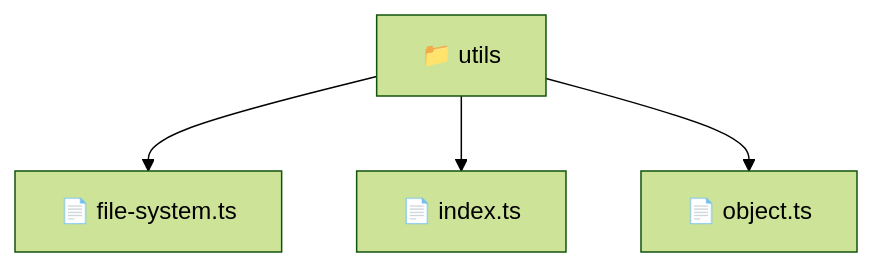
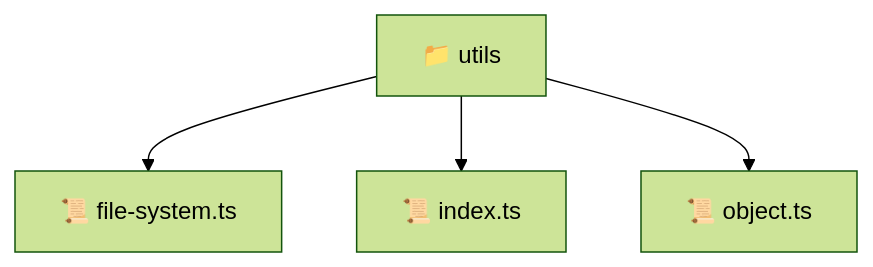
One commit to beginwebdev2002/fullstack-mavluda changed the diagram in backend/src/common/utils/README.md. Above: the diagram before and after it, drawn with Mermaid (forest theme). The commit also changed other lines of this file and 163 other files, not shown here.

````diff
--- a/backend/src/common/utils/README.md
+++ b/backend/src/common/utils/README.md
@@ -9,7 +9,7 @@
 ```mermaid
 graph TD
-  Root["📁 utils"]
-  Root --> file_system_ts["📄 file-system.ts"]
-  Root --> index_ts["📄 index.ts"]
-  Root --> object_ts["📄 object.ts"]
+  utils["📁 utils"]
+  utils --> file_system_ts["📜 file-system.ts"]
+  utils --> index_ts["📜 index.ts"]
+  utils --> object_ts["📜 object.ts"]
 ```
````
